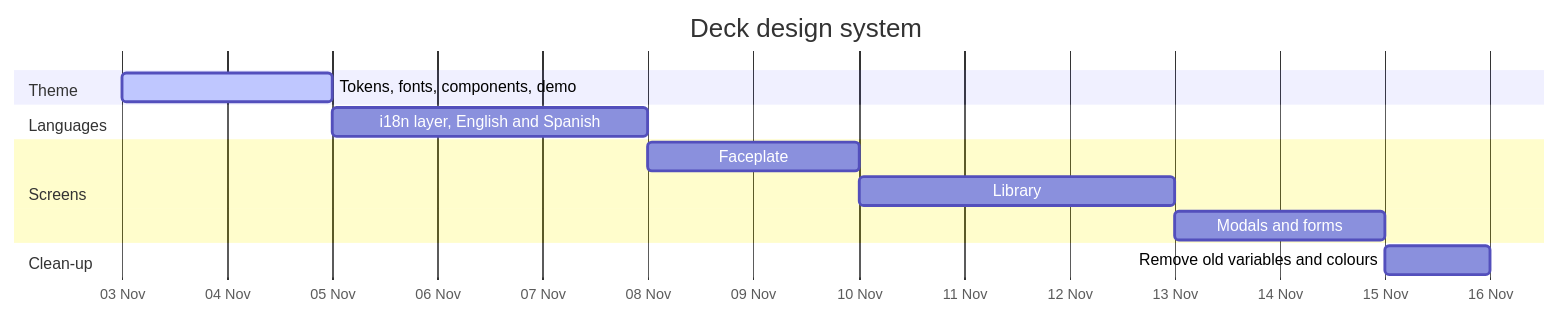
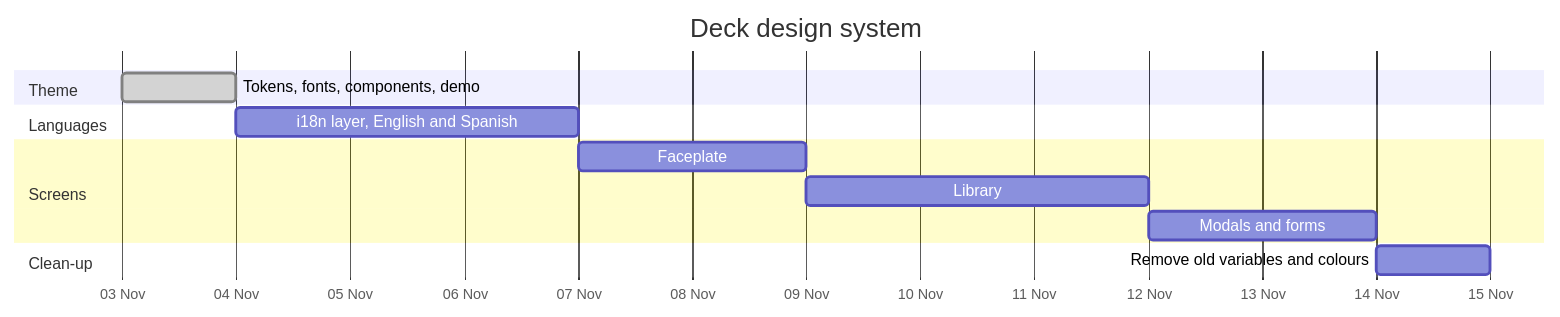
One commit to jgermade/jackbird changed the diagram in ROADMAP/2026-11-03/deck-design-system.md. Above: the diagram before and after it, drawn with Mermaid. The commit also changed 62 other files, not shown here.

First line of the commit message:
feat(theme): add Deck default theme with tokens, fonts, components and demo

````diff
--- a/ROADMAP/2026-11-03/deck-design-system.md
+++ b/ROADMAP/2026-11-03/deck-design-system.md
@@ -6,16 +6,16 @@
 ```mermaid
 gantt
   title Deck design system
   dateFormat YYYY-MM-DD
   axisFormat %d %b
   section Theme
-    Tokens, fonts, components, demo   :active, theme, 2026-11-03, 2d
+    Tokens, fonts, components, demo   :done, theme, 2026-11-03, 1d
   section Languages
     i18n layer, English and Spanish   :i18n, after theme, 3d
   section Screens
     Faceplate                         :face, after i18n, 2d
     Library                           :lib, after face, 3d
     Modals and forms                  :forms, after lib, 2d
   section Clean-up
     Remove old variables and colours  :clean, after forms, 1d
 ```
````
